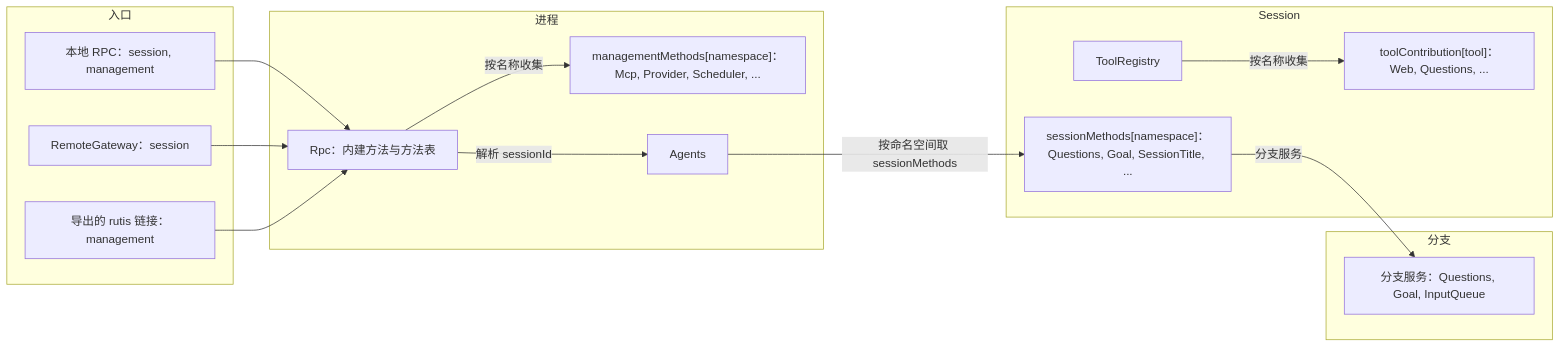
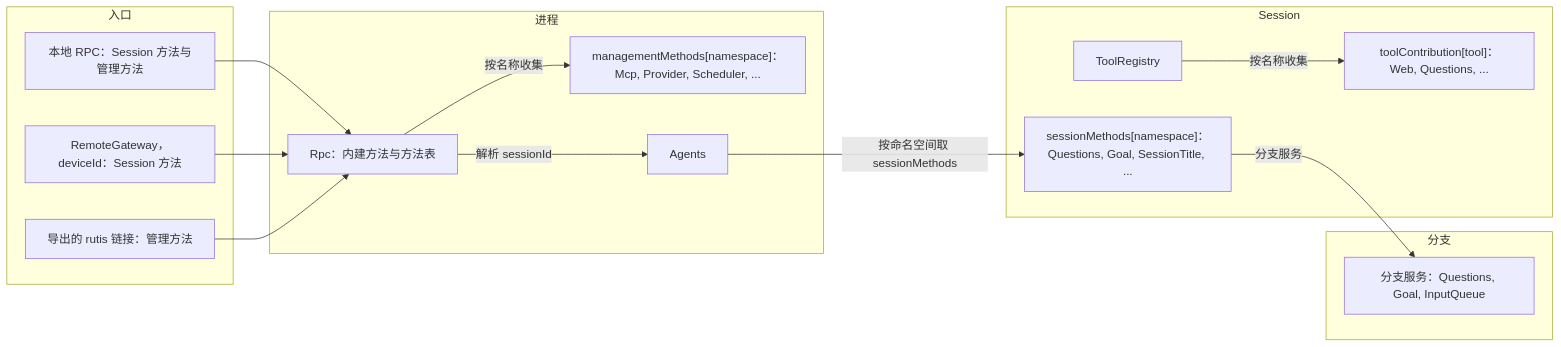
One commit to CoutinhoTTS/dim-agent changed the first of 3 diagrams in docs/zh/design/contracts/session-boundary.md. Above: the diagram before and after it, drawn with Mermaid. The commit also changed other lines of this file and 42 other files, not shown here.

````diff
--- a/docs/zh/design/contracts/session-boundary.md
+++ b/docs/zh/design/contracts/session-boundary.md
@@ -19,29 +21,29 @@
 ```mermaid
 flowchart LR
   subgraph ENT["入口"]
-    Local["本地 RPC：session, management"]
-    Remote["RemoteGateway：session"]
-    Link["导出的 rutis 链接：management"]
+    Local["本地 RPC：Session 方法与管理方法"]
+    Remote["RemoteGateway，deviceId：Session 方法"]
+    Link["导出的 rutis 链接：管理方法"]
   end
   subgraph PROC["进程"]
     Rpc["Rpc：内建方法与方法表"]
     MM["managementMethods[namespace]：Mcp, Provider, Scheduler, ..."]
     AI["Agents"]
   end
   subgraph SES["Session"]
     SM["sessionMethods[namespace]：Questions, Goal, SessionTitle, ..."]
     TR["ToolRegistry"]
     TC2["toolContribution[tool]：Web, Questions, ..."]
   end
   subgraph BR["分支"]
     BS["分支服务：Questions, Goal, InputQueue"]
   end
   Local --> Rpc
   Remote --> Rpc
   Link --> Rpc
   Rpc -->|"按名称收集"| MM
   Rpc -->|"解析 sessionId"| AI
   AI -->|"按命名空间取 sessionMethods"| SM
   SM -->|"分支服务"| BS
   TR -->|"按名称收集"| TC2
 ```
````
